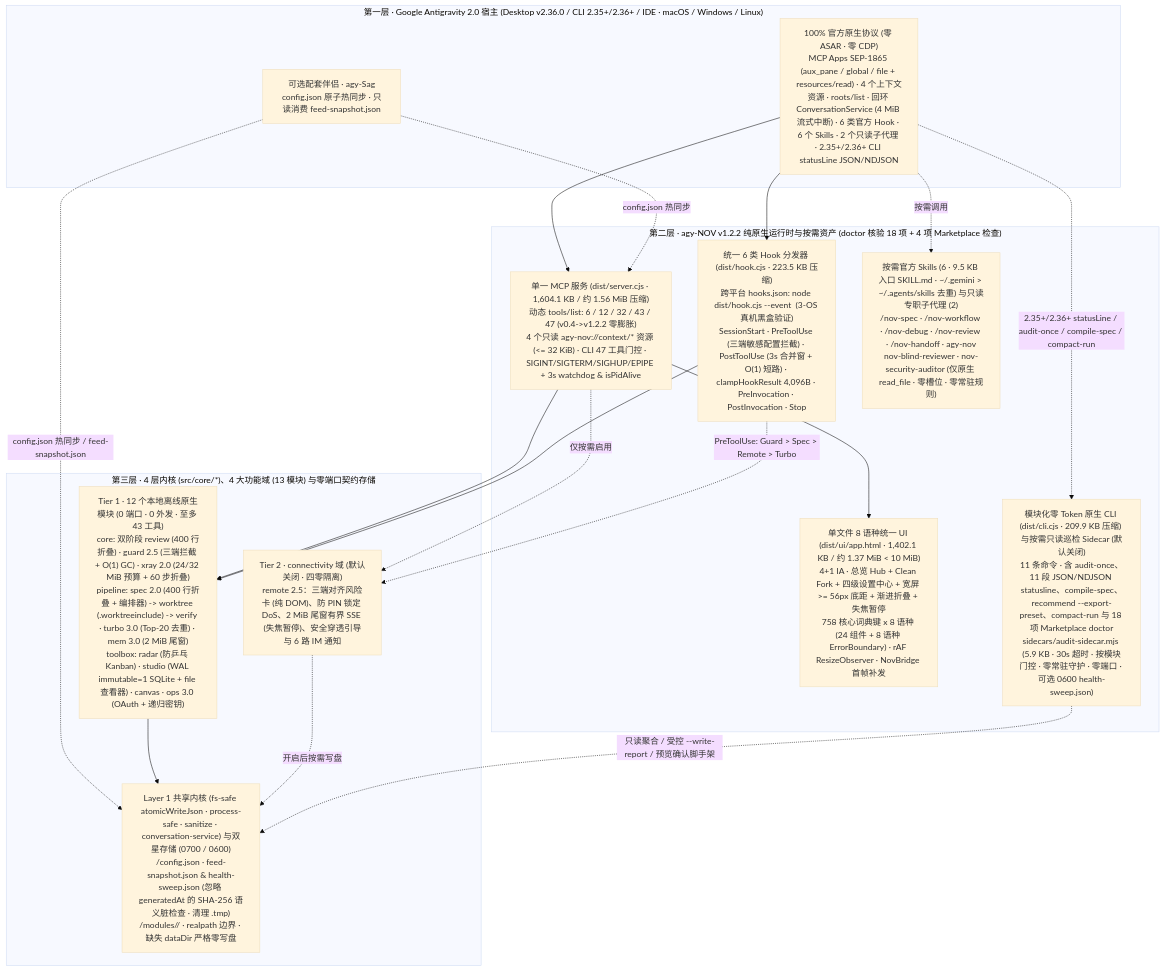
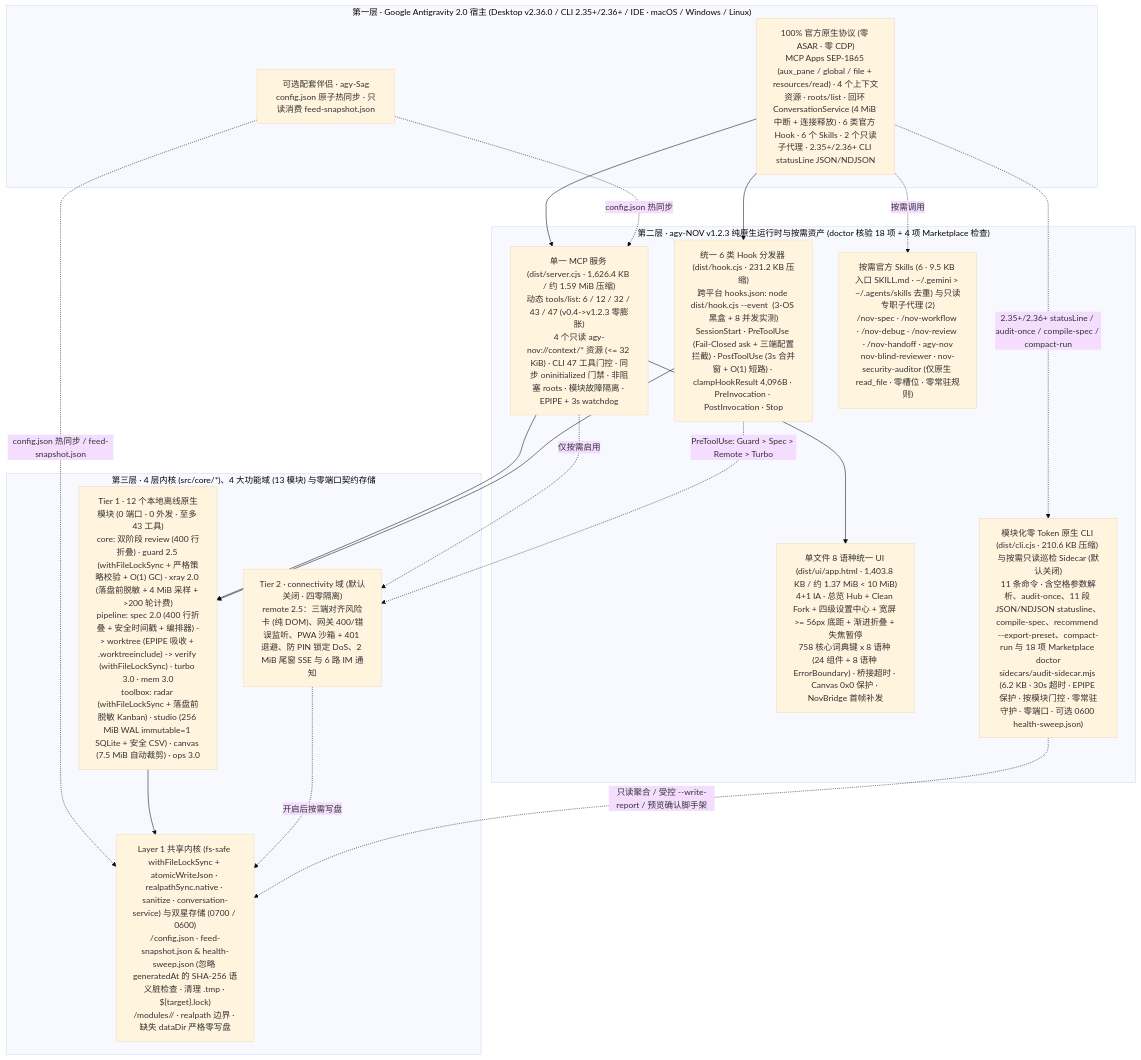
The diagram in docs/i18n/README.zh-CN.md (tone-leh/agy-NOV), drawn with Mermaid (base theme) before and after one commit. The commit also changed other lines of this file and 56 other files, not shown here.

Commit message:
feat(v1.2.3): cross-process file locks, guard/canvas/remote P0 hardening & xray/studio fixes

````diff
--- a/docs/i18n/README.zh-CN.md
+++ b/docs/i18n/README.zh-CN.md
@@ -299,36 +308,36 @@
 ```mermaid
 flowchart TB
   subgraph L1["第一层 · Google Antigravity 2.0 宿主 (Desktop v2.36.0 / CLI 2.35+/2.36+ / IDE · macOS / Windows / Linux)"]
-    Host["100% 官方原生协议 (零 ASAR · 零 CDP)\nMCP Apps SEP-1865 (aux_pane / global / file + resources/read) · 4 个上下文资源 · roots/list · 回环 ConversationService (4 MiB 流式中断) · 6 类官方 Hook · 6 个 Skills · 2 个只读子代理 · 2.35+/2.36+ CLI statusLine JSON/NDJSON"]
+    Host["100% 官方原生协议 (零 ASAR · 零 CDP)\nMCP Apps SEP-1865 (aux_pane / global / file + resources/read) · 4 个上下文资源 · roots/list · 回环 ConversationService (4 MiB 中断 + 连接释放) · 6 类官方 Hook · 6 个 Skills · 2 个只读子代理 · 2.35+/2.36+ CLI statusLine JSON/NDJSON"]
     Sag["可选配套伴侣 · agy-Sag\nconfig.json 原子热同步 · 只读消费 feed-snapshot.json"]
   end
 
-  subgraph L2["第二层 · agy-NOV v1.2.2 纯原生运行时与按需资产 (doctor 核验 18 项 + 4 项 Marketplace 检查)"]
-    MCP["单一 MCP 服务 (dist/server.cjs · 1,604.1 KB / 约 1.56 MiB 压缩)\n动态 tools/list: 6 / 12 / 32 / 43 / 47 (v0.4->v1.2.2 零膨胀)\n4 个只读 agy-nov://context/* 资源 (<= 32 KiB) · CLI 47 工具门控 · SIGINT/SIGTERM/SIGHUP/EPIPE + 3s watchdog & isPidAlive"]
-    Hook["统一 6 类 Hook 分发器 (dist/hook.cjs · 223.5 KB 压缩)\n跨平台 hooks.json: node dist/hook.cjs --event <Event> (3-OS 真机黑盒验证)\nSessionStart · PreToolUse (三端敏感配置拦截) · PostToolUse (3s 合并窗 + O(1) 短路) · clampHookResult 4,096B · PreInvocation · PostInvocation · Stop"]
-    UI["单文件 8 语种统一 UI (dist/ui/app.html · 1,402.1 KB / 约 1.37 MiB < 10 MiB)\n4+1 IA · 总览 Hub + Clean Fork + 四级设置中心 + 宽屏 >= 56px 底距 + 渐进折叠 + 失焦暂停\n758 核心词典键 x 8 语种 (24 组件 + 8 语种 ErrorBoundary) · rAF ResizeObserver · NovBridge 首帧补发"]
+  subgraph L2["第二层 · agy-NOV v1.2.3 纯原生运行时与按需资产 (doctor 核验 18 项 + 4 项 Marketplace 检查)"]
+    MCP["单一 MCP 服务 (dist/server.cjs · 1,626.4 KB / 约 1.59 MiB 压缩)\n动态 tools/list: 6 / 12 / 32 / 43 / 47 (v0.4->v1.2.3 零膨胀)\n4 个只读 agy-nov://context/* 资源 (<= 32 KiB) · CLI 47 工具门控 · 同步 oninitialized 门禁 · 非阻塞 roots · 模块故障隔离 · EPIPE + 3s watchdog"]
+    Hook["统一 6 类 Hook 分发器 (dist/hook.cjs · 231.2 KB 压缩)\n跨平台 hooks.json: node dist/hook.cjs --event <Event> (3-OS 黑盒 + 8 并发实测)\nSessionStart · PreToolUse (Fail-Closed ask + 三端配置拦截) · PostToolUse (3s 合并窗 + O(1) 短路) · clampHookResult 4,096B · PreInvocation · PostInvocation · Stop"]
+    UI["单文件 8 语种统一 UI (dist/ui/app.html · 1,403.8 KB / 约 1.37 MiB < 10 MiB)\n4+1 IA · 总览 Hub + Clean Fork + 四级设置中心 + 宽屏 >= 56px 底距 + 渐进折叠 + 失焦暂停\n758 核心词典键 x 8 语种 (24 组件 + 8 语种 ErrorBoundary) · 桥接超时 · Canvas 0x0 保护 · NovBridge 首帧补发"]
     Playbooks["按需官方 Skills (6 · 9.5 KB 入口 SKILL.md · ~/.gemini > ~/.agents/skills 去重) 与只读专职子代理 (2)\n/nov-spec · /nov-workflow · /nov-debug · /nov-review · /nov-handoff · agy-nov\nnov-blind-reviewer · nov-security-auditor (仅原生 read_file · 零槽位 · 零常驻规则)"]
-    CLI["模块化零 Token 原生 CLI (dist/cli.cjs · 209.9 KB 压缩) 与按需只读巡检 Sidecar (默认关闭)\n11 条命令 · 含 audit-once、11 段 JSON/NDJSON statusline、compile-spec、recommend --export-preset、compact-run 与 18 项 Marketplace doctor\nsidecars/audit-sidecar.mjs (5.9 KB · 30s 超时 · 按模块门控 · 零常驻守护 · 零端口 · 可选 0600 health-sweep.json)"]
+    CLI["模块化零 Token 原生 CLI (dist/cli.cjs · 210.6 KB 压缩) 与按需只读巡检 Sidecar (默认关闭)\n11 条命令 · 含空格参数解析、audit-once、11 段 JSON/NDJSON statusline、compile-spec、recommend --export-preset、compact-run 与 18 项 Marketplace doctor\nsidecars/audit-sidecar.mjs (6.2 KB · 30s 超时 · EPIPE 保护 · 按模块门控 · 零常驻守护 · 零端口 · 可选 0600 health-sweep.json)"]
   end
 
   subgraph L3["第三层 · 4 层内核 (src/core/*)、4 大功能域 (13 模块) 与零端口契约存储"]
-    T1["Tier 1 · 12 个本地离线原生模块 (0 端口 · 0 外发 · 至多 43 工具)\ncore: 双阶段 review (400 行折叠) · guard 2.5 (三端拦截 + O(1) GC) · xray 2.0 (24/32 MiB 预算 + 60 步折叠)\npipeline: spec 2.0 (400 行折叠 + 编排器) -> worktree (.worktreeinclude) -> verify · turbo 3.0 (Top-20 去重) · mem 3.0 (2 MiB 尾窗)\ntoolbox: radar (防乒乓 Kanban) · studio (WAL immutable=1 SQLite + file 查看器) · canvas · ops 3.0 (OAuth + 递归密钥)"]
-    T2R["Tier 2 · connectivity 域 (默认关闭 · 四零隔离)\nremote 2.5：三端对齐风险卡 (纯 DOM)、防 PIN 锁定 DoS、2 MiB 尾窗有界 SSE (失焦暂停)、安全穿透引导与 6 路 IM 通知"]
-    Store["Layer 1 共享内核 (fs-safe atomicWriteJson · process-safe · sanitize · conversation-service) 与双星存储 (0700 / 0600)\n<dataDir>/config.json · feed-snapshot.json & health-sweep.json (忽略 generatedAt 的 SHA-256 语义脏检查 · 清理 .tmp)\n<dataDir>/modules/<id>/ · realpath 边界 · 缺失 dataDir 严格零写盘"]
+    T1["Tier 1 · 12 个本地离线原生模块 (0 端口 · 0 外发 · 至多 43 工具)\ncore: 双阶段 review (400 行折叠) · guard 2.5 (withFileLockSync + 严格策略校验 + O(1) GC) · xray 2.0 (落盘前脱敏 + 4 MiB 采样 + >200 轮计费)\npipeline: spec 2.0 (400 行折叠 + 安全时间戳 + 编排器) -> worktree (EPIPE 吸收 + .worktreeinclude) -> verify (withFileLockSync) · turbo 3.0 · mem 3.0\ntoolbox: radar (withFileLockSync + 落盘前脱敏 Kanban) · studio (256 MiB WAL immutable=1 SQLite + 安全 CSV) · canvas (7.5 MiB 自动裁剪) · ops 3.0"]
+    T2R["Tier 2 · connectivity 域 (默认关闭 · 四零隔离)\nremote 2.5：三端对齐风险卡 (纯 DOM)、网关 400/错误监听、PWA 沙箱 + 401 退避、防 PIN 锁定 DoS、2 MiB 尾窗 SSE 与 6 路 IM 通知"]
+    Store["Layer 1 共享内核 (fs-safe withFileLockSync + atomicWriteJson · realpathSync.native · sanitize · conversation-service) 与双星存储 (0700 / 0600)\n<dataDir>/config.json · feed-snapshot.json & health-sweep.json (忽略 generatedAt 的 SHA-256 语义脏检查 · 清理 .tmp · ${target}.lock)\n<dataDir>/modules/<id>/ · realpath 边界 · 缺失 dataDir 严格零写盘"]
   end
 
   Host --> MCP
   Host --> Hook
   Host -. "按需调用" .-> Playbooks
   Host -. "2.35+/2.36+ statusLine / audit-once / compile-spec / compact-run" .-> CLI
   Sag -. "config.json 热同步 / feed-snapshot.json" .-> Store
   Sag -. "config.json 热同步" .-> MCP
   MCP --> UI
   MCP --> T1
   MCP -. "仅按需启用" .-> T2R
   Hook --> T1
   Hook -. "PreToolUse: Guard > Spec > Remote > Turbo" .-> T2R
   T1 --> Store
   T2R -. "开启后按需写盘" .-> Store
   CLI -. "只读聚合 / 受控 --write-report / 预览确认脚手架" .-> Store
 ```
````
